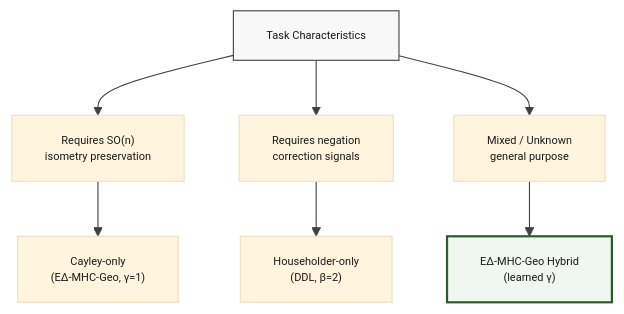
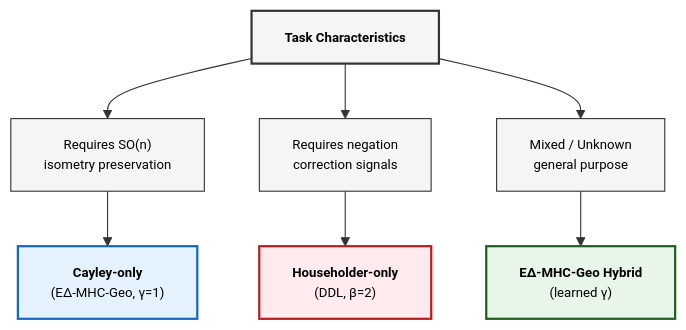
Before and after one commit to arash-shahmansoori/edelta: the seventh of 7 diagrams in docs/RESEARCH.md, drawn with Mermaid. The commit also changed other lines of this file, not shown here.

First line of the commit message:
Update date to February 2026, improve diagram visibility

````diff
--- a/docs/RESEARCH.md
+++ b/docs/RESEARCH.md
@@ -1595,16 +1563,21 @@
 ```mermaid
-%%{init: {'theme': 'base', 'themeVariables': { 'fontSize': '10px', 'fontFamily': 'Times New Roman, serif', 'primaryTextColor': '#1a1a1a', 'lineColor': '#404040'}}}%%
+%%{init: {'theme': 'base', 'themeVariables': { 'fontSize': '12px', 'fontFamily': 'Arial, Helvetica, sans-serif', 'primaryTextColor': '#000000', 'lineColor': '#333333'}}}%%
 flowchart TB
-    Q["Task Characteristics"]
+    Q["<b>Task Characteristics</b>"]
     
     Q --> T1["Requires SO(n)<br/>isometry preservation"]
     Q --> T2["Requires negation<br/>correction signals"]
     Q --> T3["Mixed / Unknown<br/>general purpose"]
     
-    T1 --> A1["Cayley-only<br/>(E∆-MHC-Geo, γ=1)"]
-    T2 --> A2["Householder-only<br/>(DDL, β=2)"]
-    T3 --> A3["E∆-MHC-Geo Hybrid<br/>(learned γ)"]
+    T1 --> A1["<b>Cayley-only</b><br/>(E∆-MHC-Geo, γ=1)"]
+    T2 --> A2["<b>Householder-only</b><br/>(DDL, β=2)"]
+    T3 --> A3["<b>E∆-MHC-Geo Hybrid</b><br/>(learned γ)"]
     
-    style Q fill:#f8f8f8,stroke:#404040,stroke-width:1px
-    style A3 fill:#f0f7f0,stroke:#2d5a2d,stroke-width:2px
+    style Q fill:#f5f5f5,stroke:#333333,stroke-width:2px
+    style T1 fill:#f5f5f5,stroke:#333333,stroke-width:1px
+    style T2 fill:#f5f5f5,stroke:#333333,stroke-width:1px
+    style T3 fill:#f5f5f5,stroke:#333333,stroke-width:1px
+    style A1 fill:#e3f2fd,stroke:#1565c0,stroke-width:2px
+    style A2 fill:#ffebee,stroke:#b71c1c,stroke-width:2px
+    style A3 fill:#e8f5e9,stroke:#1b5e20,stroke-width:2px
 ```
````
